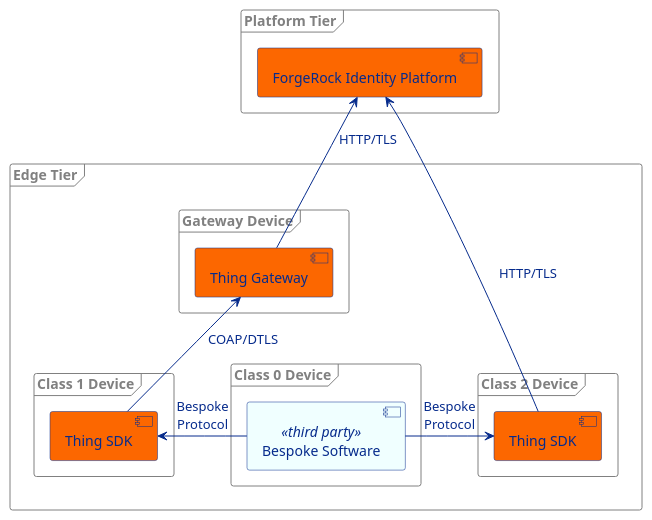
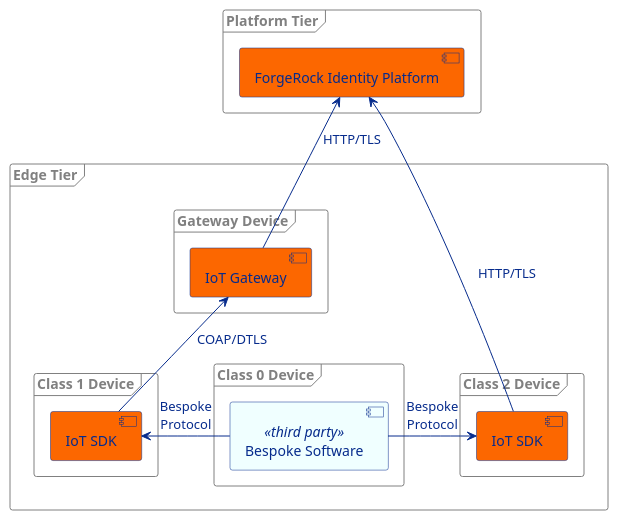
One commit to ForgeRock/iot-edge changed the diagram in docs/iot-rfc7228.puml. Above: the diagram before and after it, drawn with PlantUML. The commit also changed 68 other files, not shown here.

```diff
--- a/docs/iot-rfc7228.puml
+++ b/docs/iot-rfc7228.puml
@@ -1,42 +1,42 @@
 @startuml
 
 skinparam component {
   FontColor #062b8c
   BackgroundColor #fc6700
   BorderColor #062b8c
   BackgroundColor<<third party>> azure
   ArrowColor #062b8c
   ArrowFontColor #062b8c
 }
 skinparam node {
   BorderColor #062b8c
   FontColor #062b8c
 }
 skinparam frame {
   BorderColor Grey
   FontColor Grey
 }
 
 frame "Platform Tier" {
     [ForgeRock Identity Platform] as fr
 }
 frame "Edge Tier" {
     frame "Class 1 Device" {
-        [Thing SDK] as gc
+        [IoT SDK] as gc
     }
     frame "Class 2 Device" {
-        [Thing SDK] as ac
+        [IoT SDK] as ac
     }
     frame "Class 0 Device" {
         [Bespoke Software] as cc <<third party>>
     }
     frame "Gateway Device" {
-        [Thing Gateway] as gt
+        [IoT Gateway] as gt
     }
 }
 gt -up-> fr : HTTP/TLS
 ac -up-> fr : HTTP/TLS
 gc -up-> gt : COAP/DTLS
 cc -right-> ac : Bespoke\nProtocol
 cc -left-> gc : Bespoke\nProtocol
 @enduml
```
